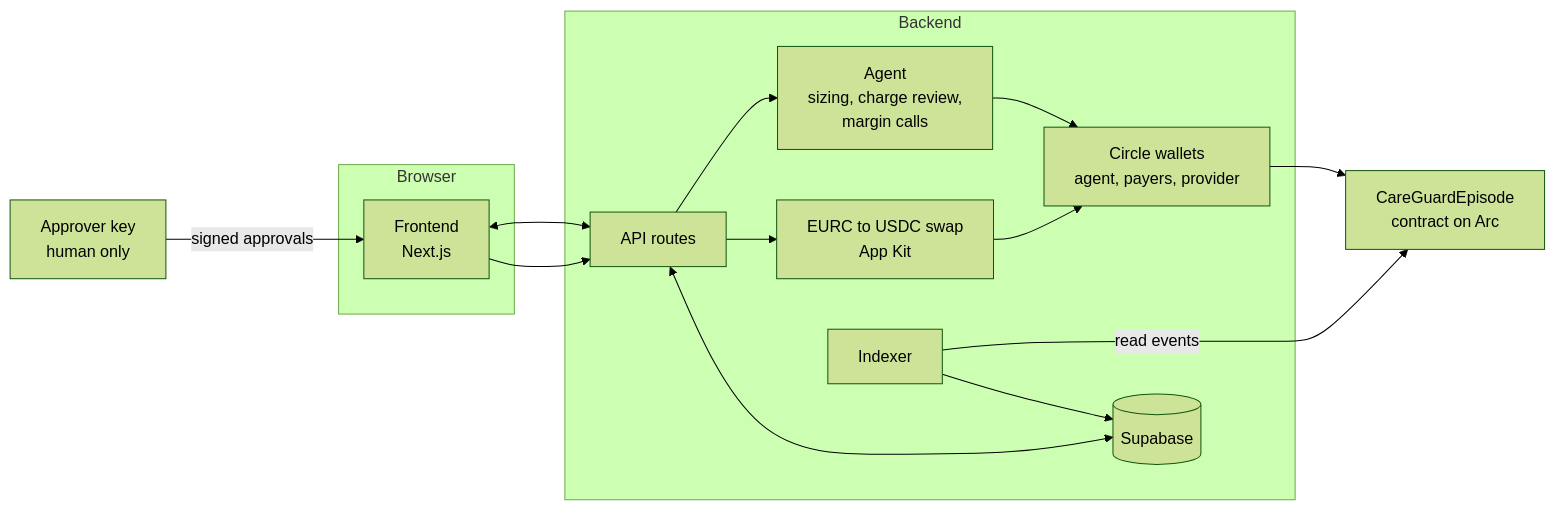
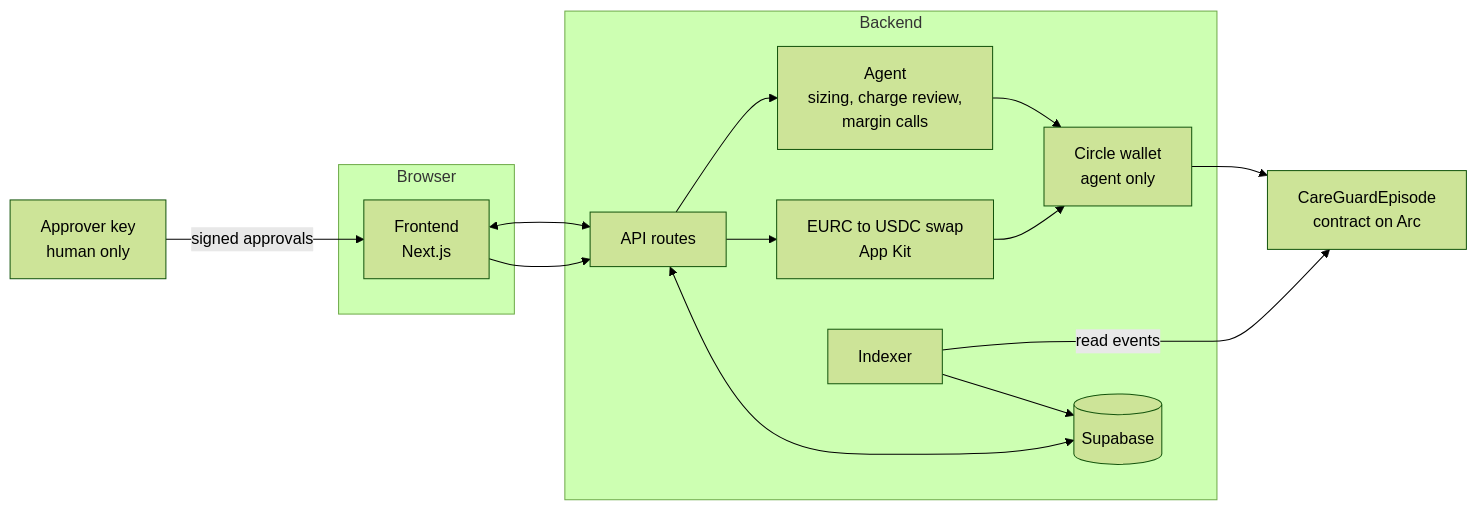
One commit to Anto-099-New-State/CareGuard changed the diagram in docs/ARCHITECTURE.md. Above: the diagram before and after it, drawn with Mermaid (forest theme). The commit also changed other lines of this file and 4 other files, not shown here.

Commit message:
Document the wallet-only sign-in decision

````diff
--- a/docs/ARCHITECTURE.md
+++ b/docs/ARCHITECTURE.md
@@ -5,24 +5,24 @@
 ```mermaid
 flowchart LR
     subgraph Browser
         FE[Frontend<br/>Next.js]
     end
     subgraph Backend
         API[API routes]
         AG[Agent<br/>sizing, charge review,<br/>margin calls]
-        W[Circle wallets<br/>agent, payers, provider]
+        W[Circle wallet<br/>agent only]
         SW[EURC to USDC swap<br/>App Kit]
         IDX[Indexer]
         DB[(Supabase)]
     end
     C[CareGuardEpisode<br/>contract on Arc]
     AP[Approver key<br/>human only]
 
     FE <--> API
     API --> AG --> W --> C
     API --> SW --> W
     AP -- signed approvals --> FE --> API
     IDX -- read events --> C
     IDX --> DB
     API <--> DB
 ```
````
